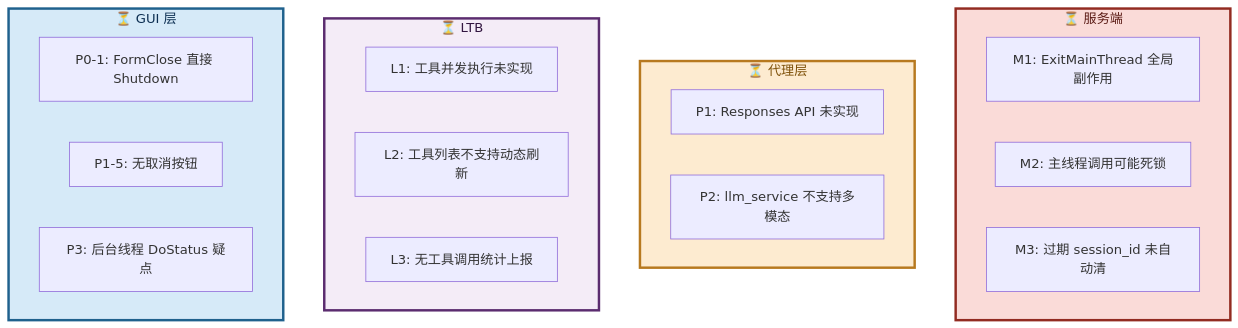
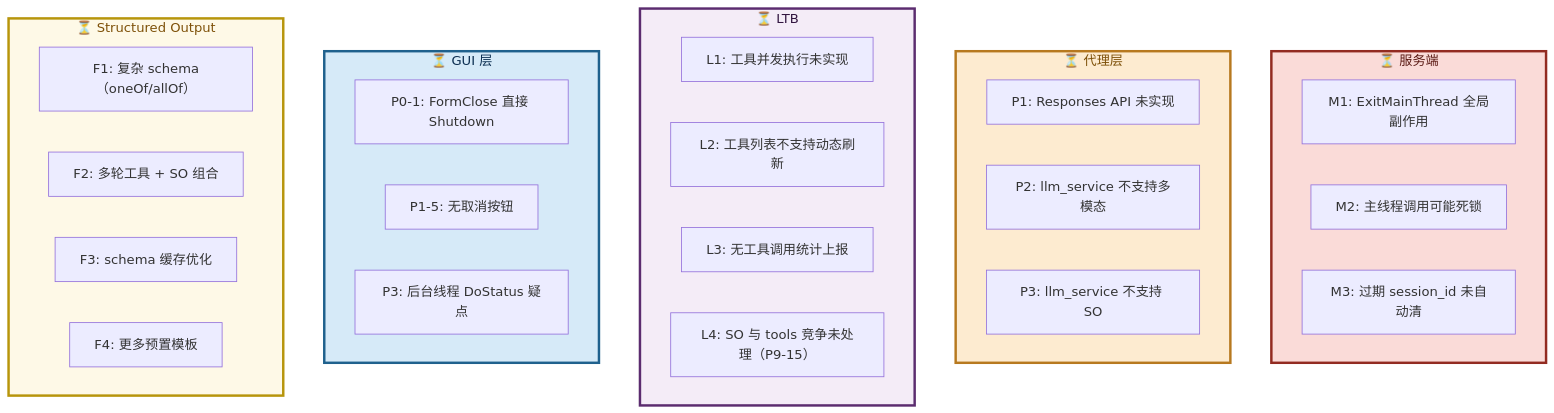
Before and after one commit to PassByYou888/LingoFuse-pasAgent-v3: diagram 14 of 14 in src/LingoFuse_LLM_Service_Work_Summary.md, drawn with Mermaid. The commit also changed other lines of this file, not shown here.

````diff
--- a/src/LingoFuse_LLM_Service_Work_Summary.md
+++ b/src/LingoFuse_LLM_Service_Work_Summary.md
@@ -951,30 +1336,40 @@
 ```mermaid
 flowchart TB
     subgraph SERVER["⏳ 服务端"]
         S1["M1: ExitMainThread 全局副作用"]
         S2["M2: 主线程调用可能死锁"]
         S3["M3: 过期 session_id 未自动清"]
     end
 
     subgraph PROXY["⏳ 代理层"]
         P1["P1: Responses API 未实现"]
         P2["P2: llm_service 不支持多模态"]
+        P3["P3: llm_service 不支持 SO"]
     end
 
     subgraph LTB["⏳ LTB"]
         L1["L1: 工具并发执行未实现"]
         L2["L2: 工具列表不支持动态刷新"]
         L3["L3: 无工具调用统计上报"]
+        L4["L4: SO 与 tools 竞争未处理（P9-15）"]
     end
 
     subgraph GUI["⏳ GUI 层"]
         G1["P0-1: FormClose 直接 Shutdown"]
         G2["P1-5: 无取消按钮"]
         G3["P3: 后台线程 DoStatus 疑点"]
     end
 
+    subgraph SO["⏳ Structured Output"]
+        F1["F1: 复杂 schema（oneOf/allOf）"]
+        F2["F2: 多轮工具 + SO 组合"]
+        F3["F3: schema 缓存优化"]
+        F4["F4: 更多预置模板"]
+    end
+
     style SERVER fill:#FADBD8,stroke:#922B21,stroke-width:3px,color:#5A1A14
     style PROXY fill:#FDEBD0,stroke:#B7791F,stroke-width:3px,color:#7E5109
     style LTB fill:#F4ECF7,stroke:#5B2C6F,stroke-width:3px,color:#321640
     style GUI fill:#D6EAF8,stroke:#1F618D,stroke-width:3px,color:#0D2F52
+    style SO fill:#FEF9E7,stroke:#B7950B,stroke-width:3px,color:#7E5109
 ```
````
